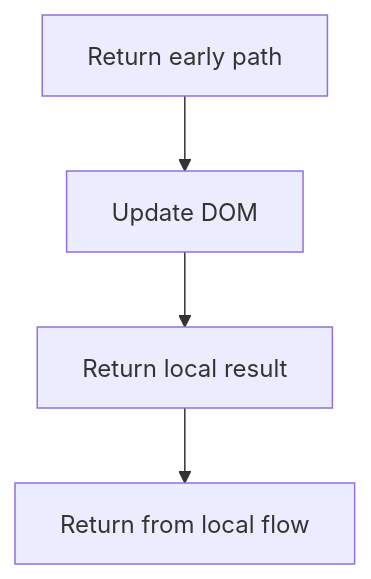
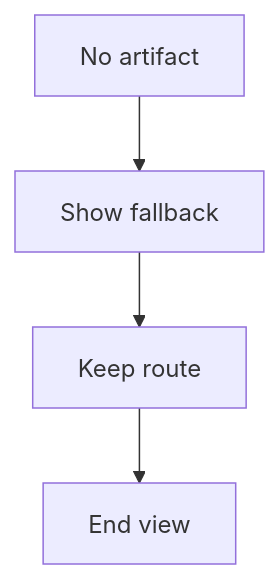
The second of 4 diagrams in docs/Codebase/Frontend/scripts/diff-viewer.js.md (JohnAndrewBalbarosa/NeoTerritory), drawn with Mermaid before and after one commit. The commit also changed other lines of this file and 21 other files, not shown here.

````diff
--- a/docs/Codebase/Frontend/scripts/diff-viewer.js.md
+++ b/docs/Codebase/Frontend/scripts/diff-viewer.js.md
@@ -48,10 +48,10 @@
 ```mermaid
 flowchart TD
-    N0["Return early path"]
-    N1["Update DOM"]
-    N2["Return local result"]
-    N3["Return from local flow"]
+    N0["No artifact"]
+    N1["Show fallback"]
+    N2["Keep route"]
+    N3["End view"]
     N0 --> N1
     N1 --> N2
     N2 --> N3
 ```
````
